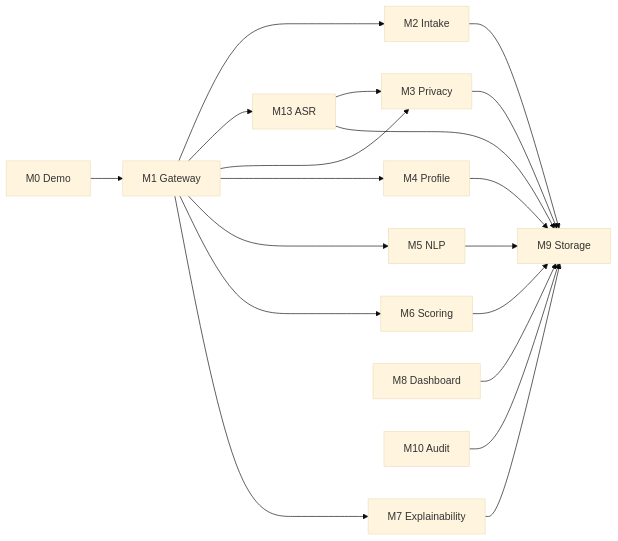
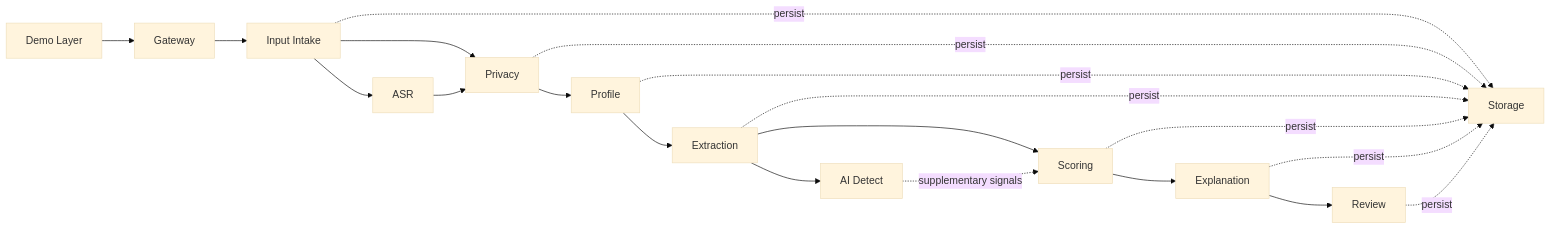
The diagram in docs/eng/MODULES.md (alenisaw/invision_u_Vi-Ka), drawn with Mermaid (base theme) before and after one commit. The commit also changed other lines of this file and 295 other files, not shown here.

````diff
--- a/docs/eng/MODULES.md
+++ b/docs/eng/MODULES.md
@@ -32,34 +33,36 @@
 ```mermaid
 flowchart LR
-    M0["M0 Demo"]
-    M1["M1 Gateway"]
-    M2["M2 Intake"]
-    M13["M13 ASR"]
-    M3["M3 Privacy"]
-    M4["M4 Profile"]
-    M5["M5 NLP"]
-    M6["M6 Scoring"]
-    M7["M7 Explainability"]
-    M8["M8 Dashboard"]
-    M9["M9 Storage"]
-    M10["M10 Audit"]
+    Gateway["Gateway"]
+    Intake["Input Intake"]
+    ASR["ASR"]
+    Privacy["Privacy"]
+    Profile["Profile"]
+    Extraction["Extraction"]
+    AIDetect["AI Detect"]
+    Scoring["Scoring"]
+    Explanation["Explanation"]
+    Review["Review"]
+    Storage["Storage"]
+    Demo["Demo Layer"]
 
-    M0 --> M1
-    M1 --> M2
-    M1 --> M13
-    M1 --> M3
-    M1 --> M4
-    M1 --> M5
-    M1 --> M6
-    M1 --> M7
-    M2 --> M9
-    M3 --> M9
-    M4 --> M9
-    M5 --> M9
-    M6 --> M9
-    M7 --> M9
-    M8 --> M9
-    M10 --> M9
-    M13 --> M3
-    M13 --> M9
+    Demo --> Gateway
+    Gateway --> Intake
+    Intake --> ASR
+    Intake --> Privacy
+    ASR --> Privacy
+    Privacy --> Profile
+    Profile --> Extraction
+    Extraction --> AIDetect
+    Extraction --> Scoring
+    AIDetect -. supplementary signals .-> Scoring
+    Scoring --> Explanation
+    Explanation --> Review
+
+    Intake -. persist .-> Storage
+    Privacy -. persist .-> Storage
+    Profile -. persist .-> Storage
+    Extraction -. persist .-> Storage
+    Scoring -. persist .-> Storage
+    Explanation -. persist .-> Storage
+    Review -. persist .-> Storage
 ```
````
